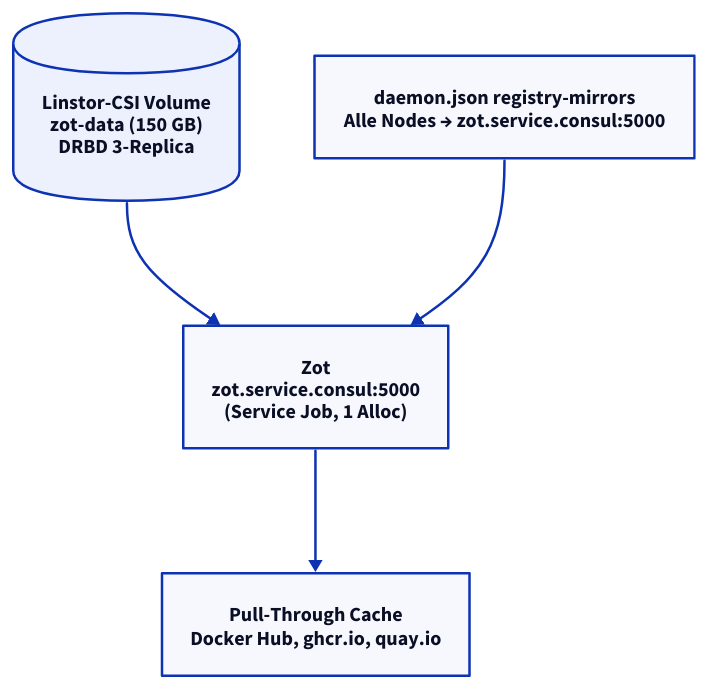
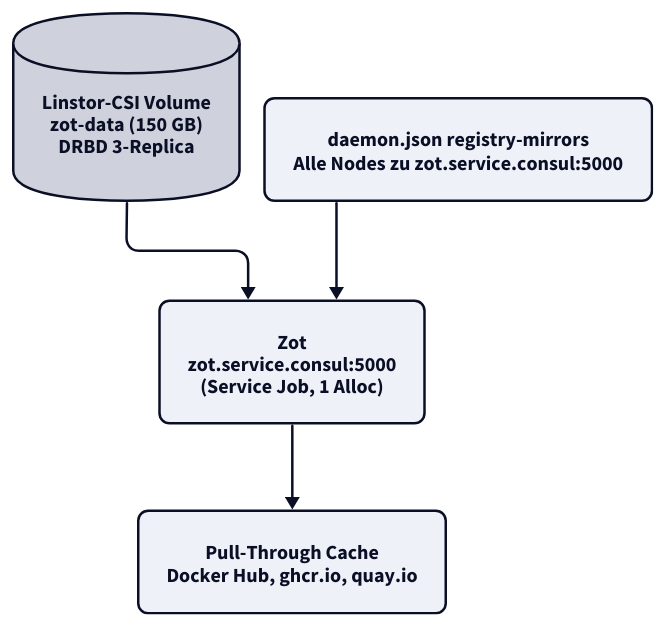
Before and after one commit to derever-labs/homelab-wiki: the diagram in docs/docker-registry/index.md, drawn with D2. The commit also changed other lines of this file and 109 other files, not shown here.

````diff
--- a/docs/docker-registry/index.md
+++ b/docs/docker-registry/index.md
@@ -38,12 +44,23 @@
 ```d2
+vars: {
+  d2-config: {
+    theme-id: 1
+    layout-engine: elk
+  }
+}
 direction: down
 
-Volume: "Linstor-CSI Volume\nzot-data (150 GB)\nDRBD 3-Replica" { shape: cylinder }
-Zot: "Zot\nzot.service.consul:5000\n(Service Job, 1 Alloc)"
-Cache: "Pull-Through Cache\nDocker Hub, ghcr.io, quay.io"
-Mirror: "daemon.json registry-mirrors\nAlle Nodes → zot.service.consul:5000"
+classes: {
+  node: { style.border-radius: 8 }
+  data: { shape: cylinder; style.border-radius: 8 }
+}
+
+Volume: "Linstor-CSI Volume\nzot-data (150 GB)\nDRBD 3-Replica" { class: data }
+Zot: "Zot\nzot.service.consul:5000\n(Service Job, 1 Alloc)" { class: node }
+Cache: "Pull-Through Cache\nDocker Hub, ghcr.io, quay.io" { class: node }
+Mirror: "daemon.json registry-mirrors\nAlle Nodes zu zot.service.consul:5000" { class: node }
 
 Volume -> Zot
 Zot -> Cache
 Mirror -> Zot
 ```
````
